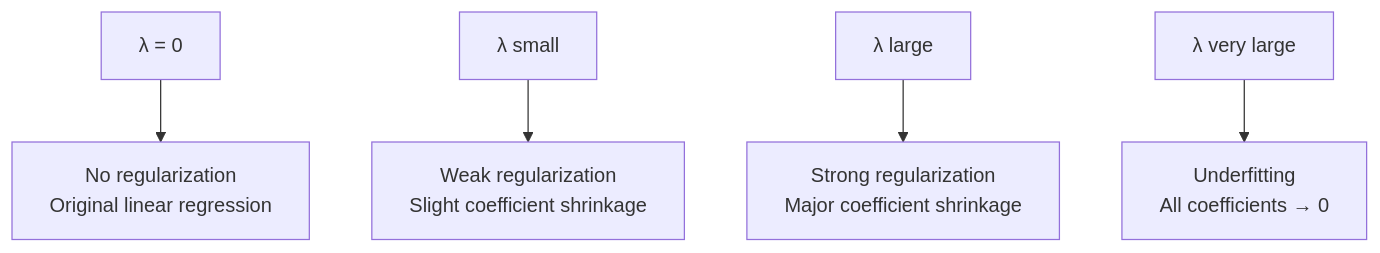
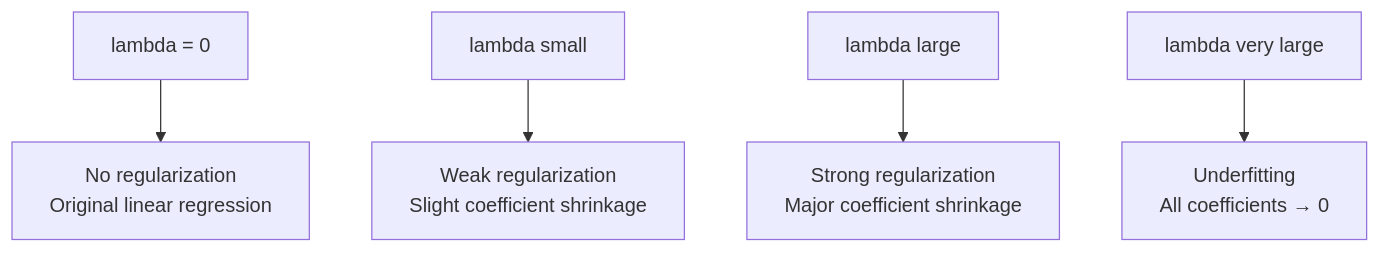
Before and after one commit to nishant-iith/Learning-AI-ML: the fourth of 4 diagrams in ML Revision/04-Ridge-and-Lasso-Regression.md, drawn with Mermaid. The commit also changed other lines of this file and 23 other files, not shown here.

First line of the commit message:
Fix Mermaid diagrams with proper node text quoting

````diff
--- a/ML Revision/04-Ridge-and-Lasso-Regression.md
+++ b/ML Revision/04-Ridge-and-Lasso-Regression.md
@@ -110,7 +110,7 @@
 ```mermaid
-graph TD
-    A[λ = 0] --> B[No regularization<br/>Original linear regression]
-    C[λ small] --> D[Weak regularization<br/>Slight coefficient shrinkage]
-    E[λ large] --> F[Strong regularization<br/>Major coefficient shrinkage]
-    G[λ very large] --> H[Underfitting<br/>All coefficients → 0]
+flowchart TD
+    A["lambda = 0"] --> B["No regularization<br/>Original linear regression"]
+    C["lambda small"] --> D["Weak regularization<br/>Slight coefficient shrinkage"]
+    E["lambda large"] --> F["Strong regularization<br/>Major coefficient shrinkage"]
+    G["lambda very large"] --> H["Underfitting<br/>All coefficients → 0"]
 ```
````
